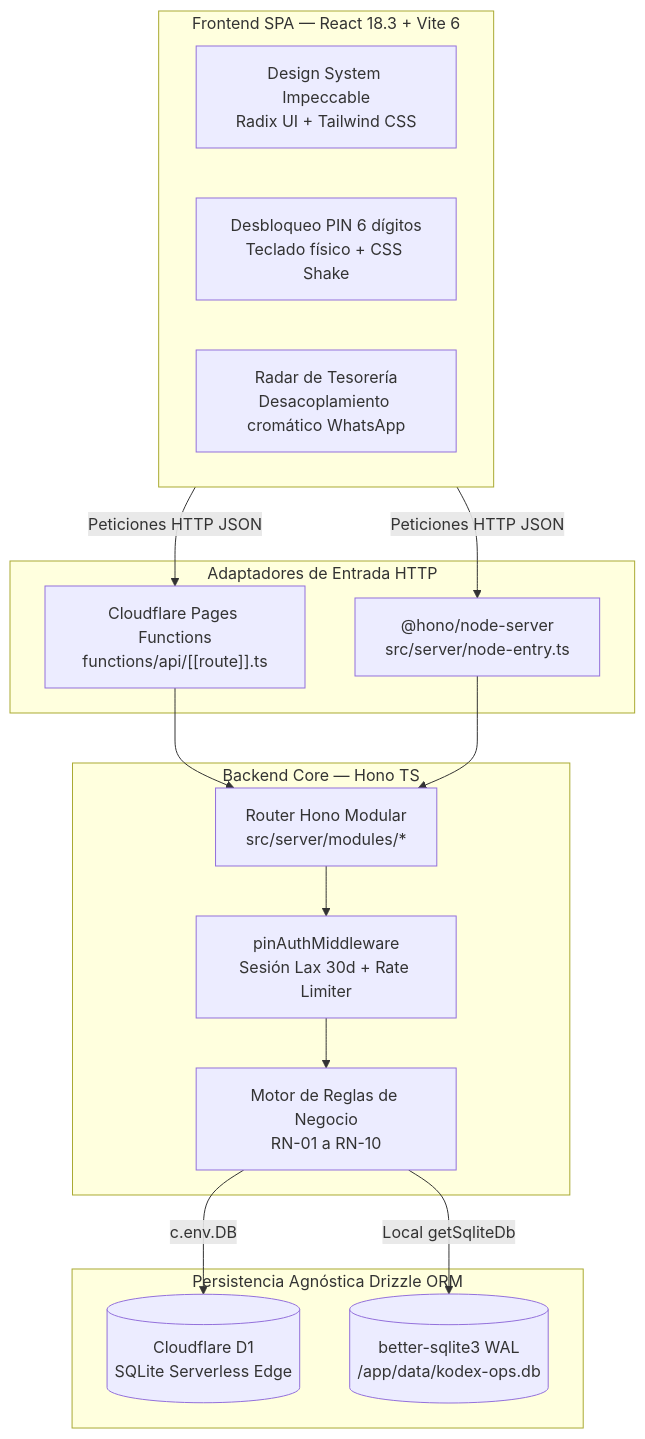
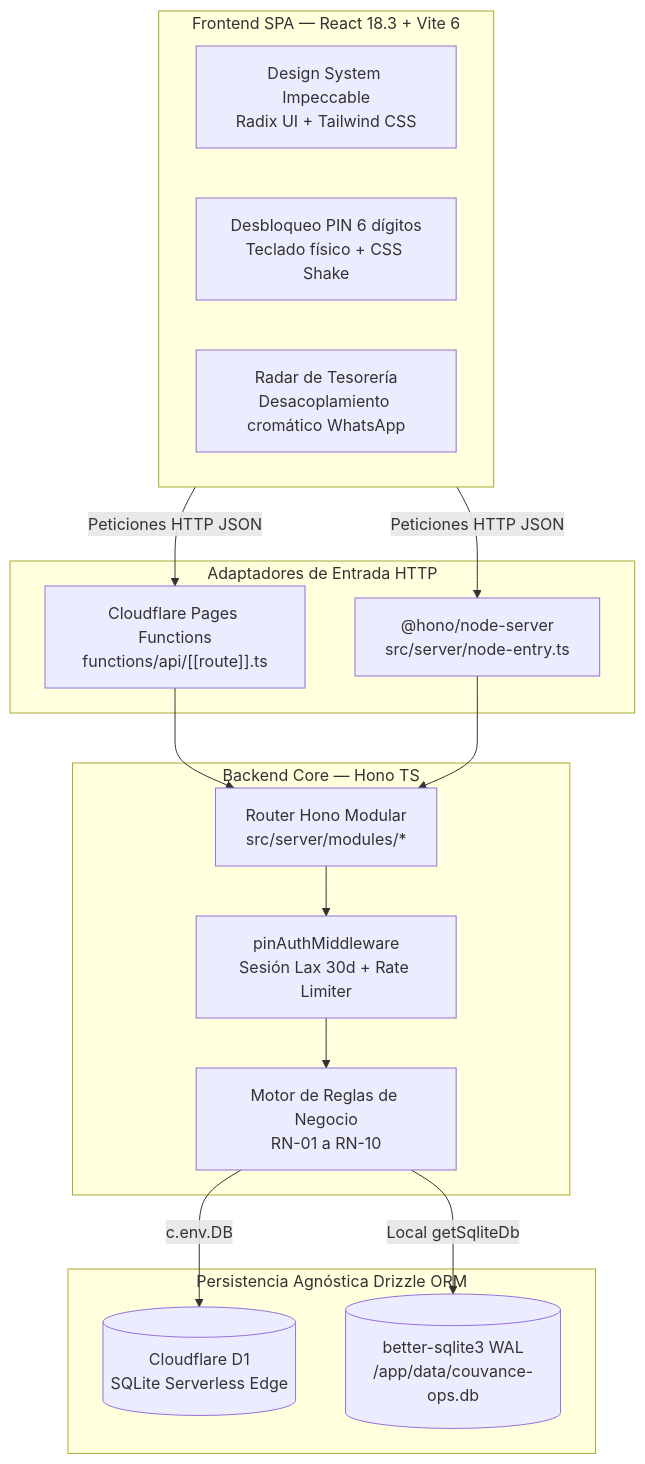
One commit to alfonsojms/couvance-ops changed the diagram in README.md. Above: the diagram before and after it, drawn with Mermaid. The commit also changed other lines of this file and 23 other files, not shown here.

Commit message:
refactor: rename project from kodex-ops to couvance-ops

````diff
--- a/README.md
+++ b/README.md
@@ -29,33 +29,33 @@
 ```mermaid
 flowchart TD
     subgraph Client [Frontend SPA — React 18.3 + Vite 6]
         UI[Design System Impeccable<br/>Radix UI + Tailwind CSS]
         Unlock[Desbloqueo PIN 6 dígitos<br/>Teclado físico + CSS Shake]
         Radar[Radar de Tesorería<br/>Desacoplamiento cromático WhatsApp]
     end
 
     subgraph Entrypoints [Adaptadores de Entrada HTTP]
         CFPages["Cloudflare Pages Functions<br/>functions/api/[[route]].ts"]
         NodeServer["@hono/node-server<br/>src/server/node-entry.ts"]
     end
 
     subgraph Backend [Backend Core — Hono TS]
         Router[Router Hono Modular<br/>src/server/modules/*]
         AuthMW[pinAuthMiddleware<br/>Sesión Lax 30d + Rate Limiter]
         Rules[Motor de Reglas de Negocio<br/>RN-01 a RN-10]
     end
 
     subgraph Persistence [Persistencia Agnóstica Drizzle ORM]
         D1[(Cloudflare D1<br/>SQLite Serverless Edge)]
-        SQLite[(better-sqlite3 WAL<br/>/app/data/kodex-ops.db)]
+        SQLite[(better-sqlite3 WAL<br/>/app/data/couvance-ops.db)]
     end
 
     Client -->|Peticiones HTTP JSON| CFPages
     Client -->|Peticiones HTTP JSON| NodeServer
     CFPages --> Router
     NodeServer --> Router
     Router --> AuthMW
     AuthMW --> Rules
     Rules -->|c.env.DB| D1
     Rules -->|Local getSqliteDb| SQLite
 ```
````
